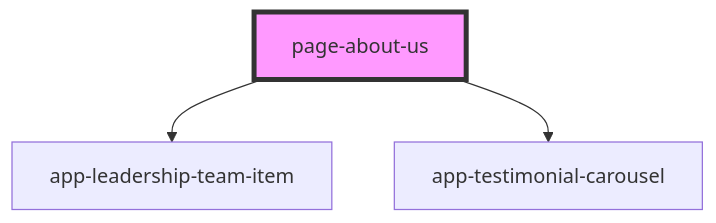
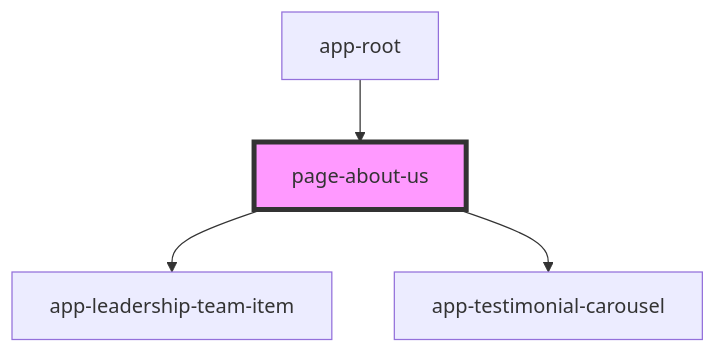
The diagram in iconeventnetwork-web/src/components/pages/page-about-us/readme.md (lokheed/IconEventNetwork.Web), drawn with Mermaid before and after one commit. The commit also changed other lines of this file and 17 other files, not shown here.

````diff
--- a/iconeventnetwork-web/src/components/pages/page-about-us/readme.md
+++ b/iconeventnetwork-web/src/components/pages/page-about-us/readme.md
@@ -16,6 +20,7 @@
 ```mermaid
 graph TD;
   page-about-us --> app-leadership-team-item
   page-about-us --> app-testimonial-carousel
+  app-root --> page-about-us
   style page-about-us fill:#f9f,stroke:#333,stroke-width:4px
 ```
````
